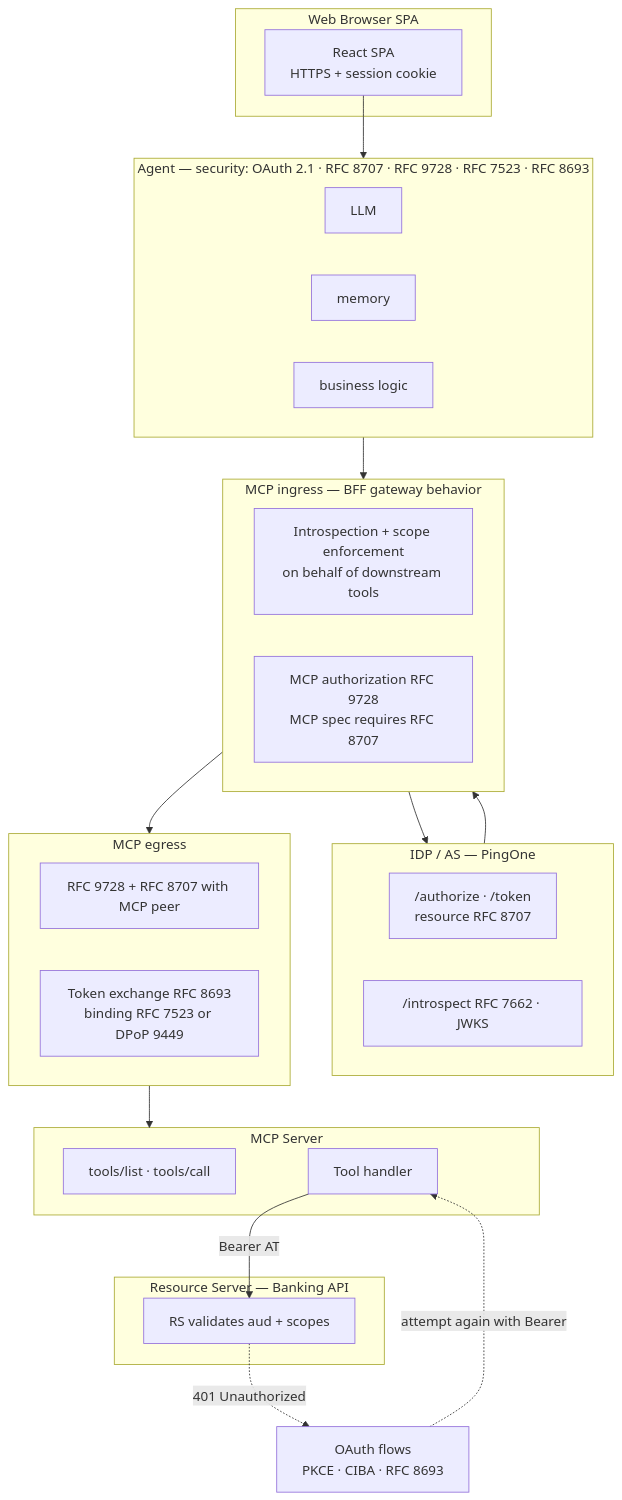
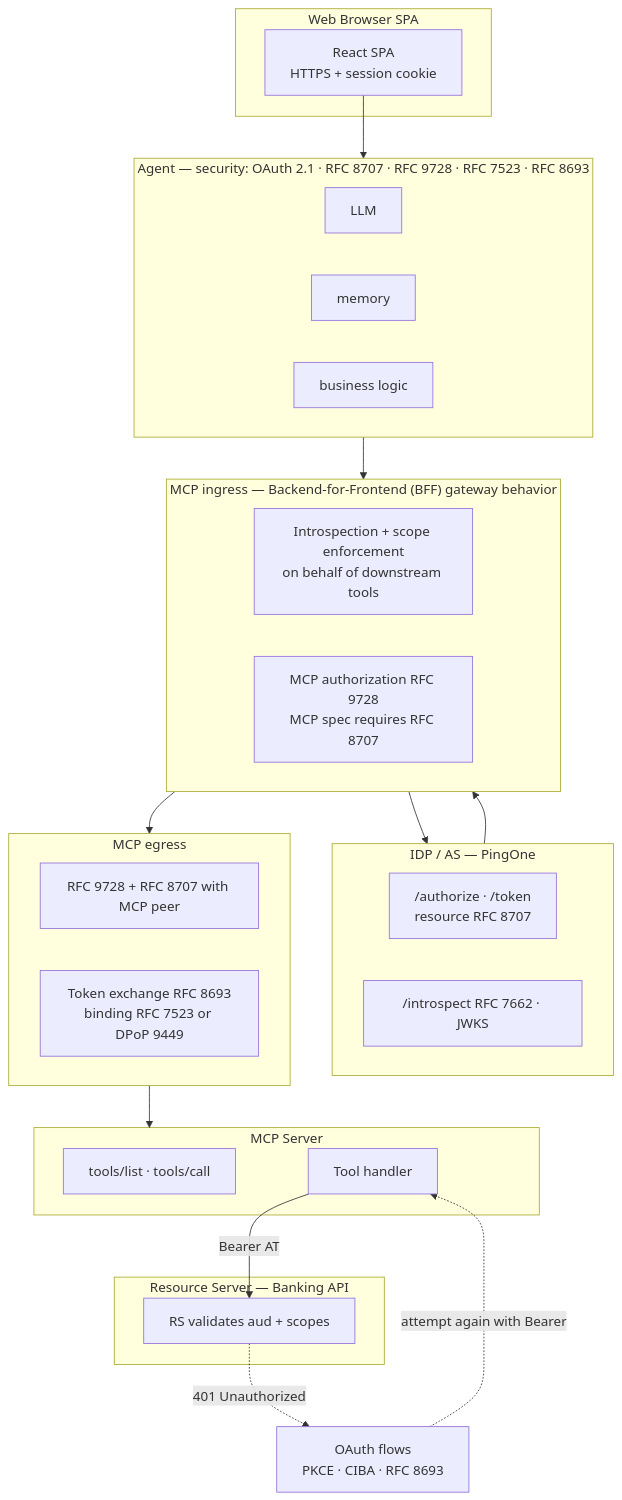
Before and after one commit to curtismu7/banking-demo: the first of 10 diagrams in LUCIDCHART_DIAGRAMS.md, drawn with Mermaid. The commit also changed other lines of this file and 94 other files, not shown here.

````diff
--- a/LUCIDCHART_DIAGRAMS.md
+++ b/LUCIDCHART_DIAGRAMS.md
@@ -15,48 +15,48 @@
 ```mermaid
 flowchart TB
   subgraph WEB["Web Browser SPA"]
     SPA["React SPA\nHTTPS + session cookie"]
   end
 
   subgraph AGENT["Agent — security: OAuth 2.1 · RFC 8707 · RFC 9728 · RFC 7523 · RFC 8693"]
     LLM["LLM"]
     MEM["memory"]
     BL["business logic"]
   end
 
   subgraph AS["IDP / AS — PingOne"]
     AUTHZ["/authorize · /token\nresource RFC 8707"]
     INTRO["/introspect RFC 7662 · JWKS"]
   end
 
-  subgraph INGRESS["MCP ingress — BFF gateway behavior"]
+  subgraph INGRESS["MCP ingress — Backend-for-Frontend (BFF) gateway behavior"]
     I1["Introspection + scope enforcement\non behalf of downstream tools"]
     I2["MCP authorization RFC 9728\nMCP spec requires RFC 8707"]
   end
 
   subgraph EGRESS["MCP egress"]
     E1["RFC 9728 + RFC 8707 with MCP peer"]
     E2["Token exchange RFC 8693\nbinding RFC 7523 or DPoP 9449"]
   end
 
   subgraph MCP["MCP Server"]
     TLIST["tools/list · tools/call"]
     TH["Tool handler"]
   end
 
   subgraph RS["Resource Server — Banking API"]
     API["RS validates aud + scopes"]
   end
 
   OAUTH["OAuth flows\nPKCE · CIBA · RFC 8693"]
 
   SPA --> AGENT
   AGENT --> INGRESS
   INGRESS --> AS
   AS --> INGRESS
   INGRESS --> EGRESS
   EGRESS --> MCP
   TH -->|"Bearer AT"| API
   API -.->|"401 Unauthorized"| OAUTH
   OAUTH -.->|"attempt again with Bearer"| TH
 ```
````
